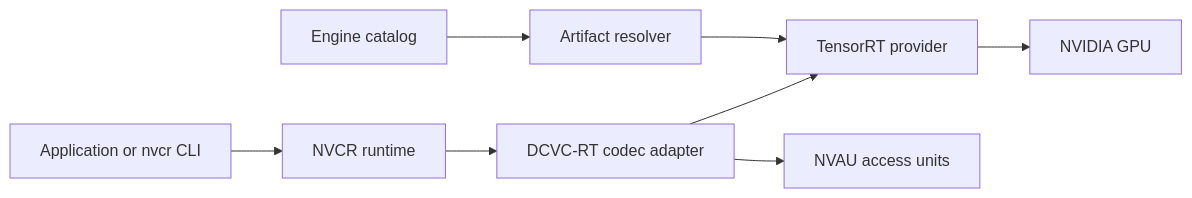
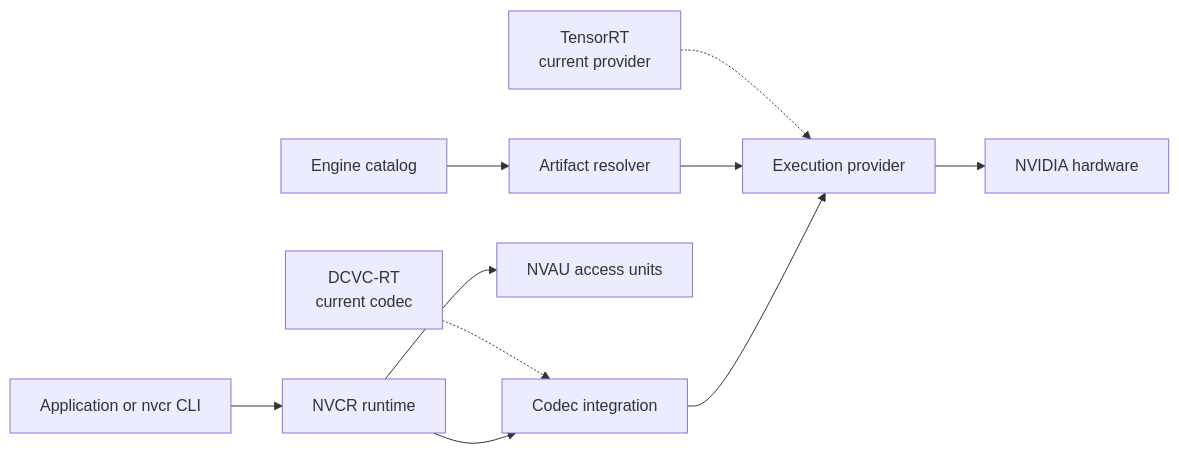
One commit to 0elghati/nvcr changed the diagram in README.md. Above: the diagram before and after it, drawn with Mermaid. The commit also changed other lines of this file and 11 other files, not shown here.

Commit message:
docs: clarify NVCR architecture and onboarding

````diff
--- a/README.md
+++ b/README.md
@@ -115,10 +114,12 @@
 ```mermaid
 flowchart LR
     App[Application or nvcr CLI] --> Runtime[NVCR runtime]
-    Runtime --> Codec[DCVC-RT codec adapter]
-    Codec --> Provider[TensorRT provider]
-    Provider --> GPU[NVIDIA GPU]
+    Runtime --> Codec[Codec integration]
+    Codec --> Provider[Execution provider]
+    Provider --> Hardware[NVIDIA hardware]
     Catalog[Engine catalog] --> Resolver[Artifact resolver]
     Resolver --> Provider
-    Codec --> Bitstream[NVAU access units]
+    Runtime --> NVAU[NVAU access units]
+    DCVCRT[DCVC-RT<br/>current codec] -.-> Codec
+    TensorRT[TensorRT<br/>current provider] -.-> Provider
 ```
````
